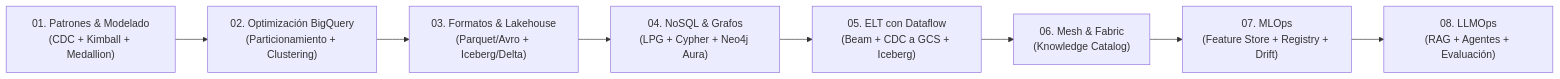
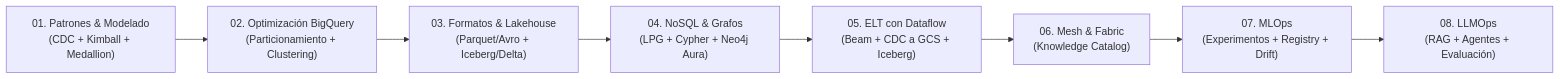
Before and after one commit to jggomez/analytics-architectures-labs: the diagram in README.md, drawn with Mermaid. The commit also changed other lines of this file, not shown here.

````diff
--- a/README.md
+++ b/README.md
@@ -67,10 +67,10 @@
 ```mermaid
 flowchart LR
     A["01. Patrones & Modelado\n(CDC + Kimball + Medallion)"] --> B["02. Optimización BigQuery\n(Particionamiento + Clustering)"]
     B --> C["03. Formatos & Lakehouse\n(Parquet/Avro + Iceberg/Delta)"]
     C --> D["04. NoSQL & Grafos\n(LPG + Cypher + Neo4j Aura)"]
     D --> E["05. ELT con Dataflow\n(Beam + CDC a GCS + Iceberg)"]
     E --> F["06. Mesh & Fabric\n(Knowledge Catalog)"]
-    F --> G["07. MLOps\n(Feature Store + Registry + Drift)"]
+    F --> G["07. MLOps\n(Experimentos + Registry + Drift)"]
     G --> H["08. LLMOps\n(RAG + Agentes + Evaluación)"]
 ```
````
